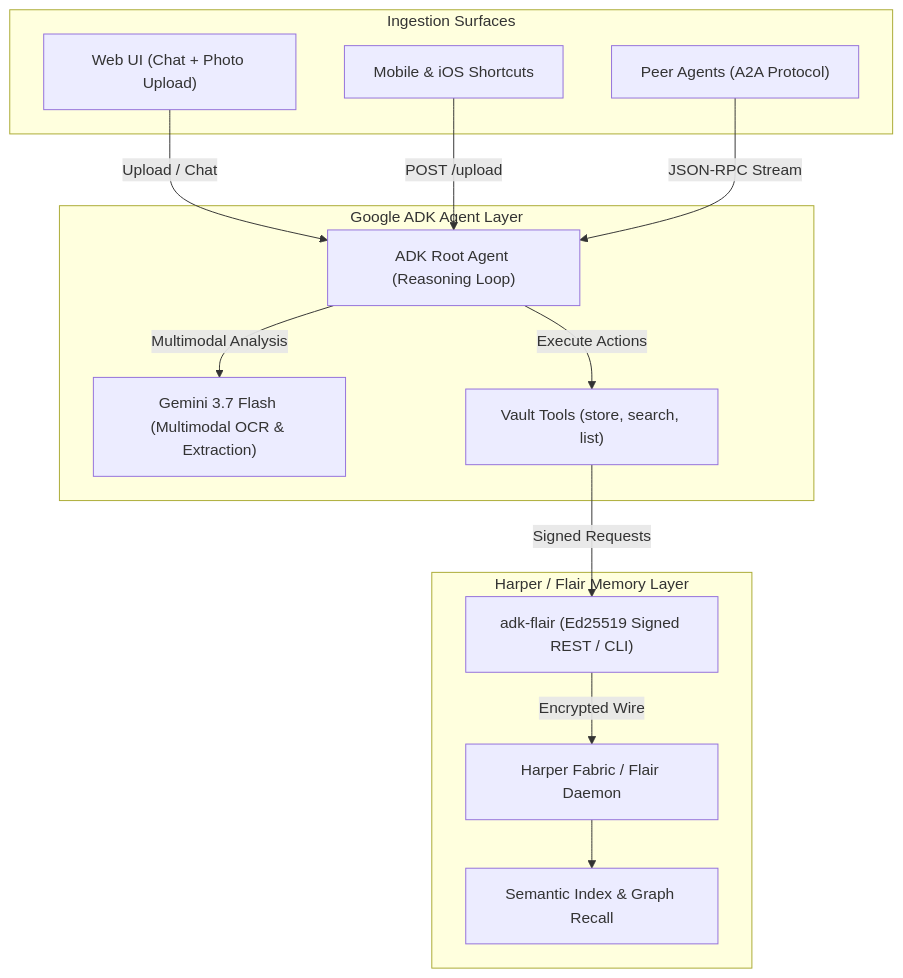
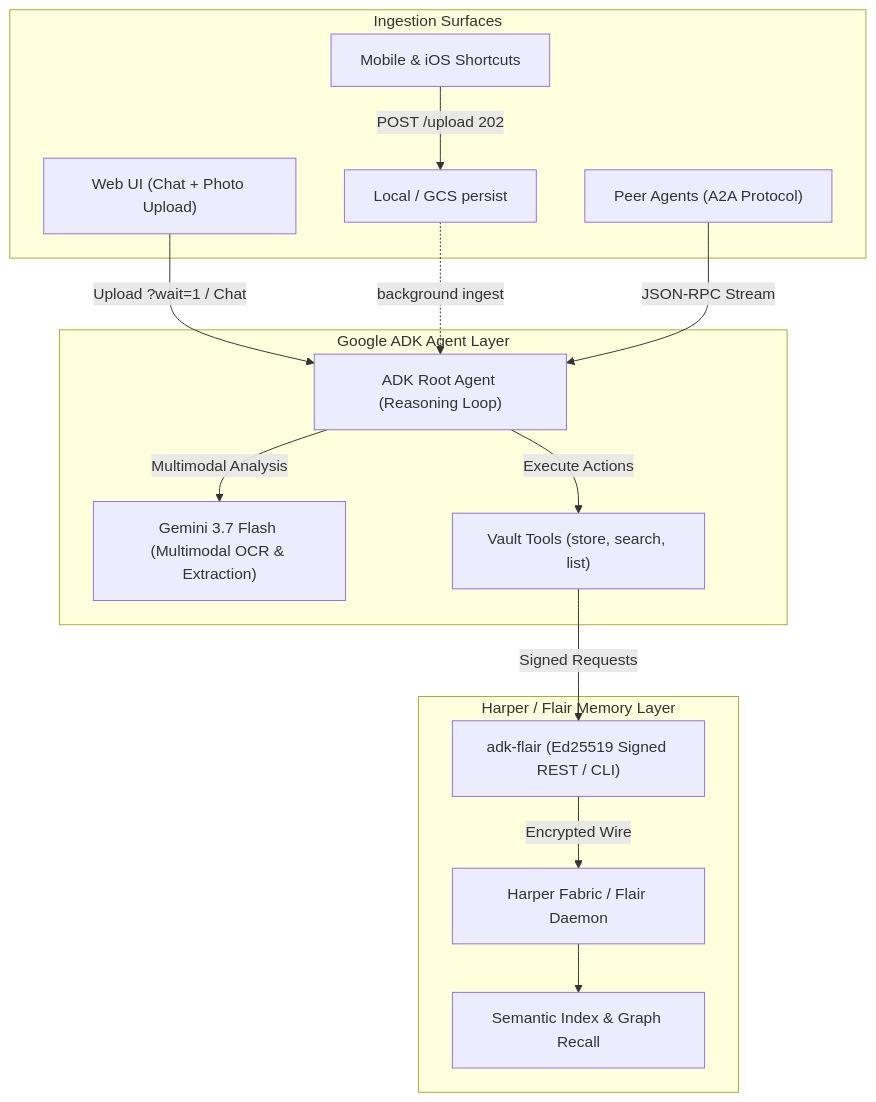
The diagram in README.md (heskew/visual-memory-vault), drawn with Mermaid before and after one commit. The commit also changed other lines of this file and 4 other files, not shown here.

First line of the commit message:
feat: make shortcut POST /upload send-and-forget

````diff
--- a/README.md
+++ b/README.md
@@ -39,30 +39,32 @@
 ```mermaid
 flowchart TD
     subgraph Capture["Ingestion Surfaces"]
         Web["Web UI (Chat + Photo Upload)"]
         iOS["Mobile & iOS Shortcuts"]
+        Persist["Local / GCS persist"]
         A2A["Peer Agents (A2A Protocol)"]
     end
 
     subgraph ADK["Google ADK Agent Layer"]
         Gemini["Gemini 3.7 Flash (Multimodal OCR & Extraction)"]
         Agent["ADK Root Agent (Reasoning Loop)"]
         Tools["Vault Tools (store, search, list)"]
     end
 
     subgraph Harper["Harper / Flair Memory Layer"]
         Adapter["adk-flair (Ed25519 Signed REST / CLI)"]
         Daemon["Harper Fabric / Flair Daemon"]
         Vector["Semantic Index & Graph Recall"]
     end
 
-    Web -->|Upload / Chat| Agent
-    iOS -->|POST /upload| Agent
+    Web -->|Upload ?wait=1 / Chat| Agent
+    iOS -->|POST /upload 202| Persist
+    Persist -.->|background ingest| Agent
     A2A -->|JSON-RPC Stream| Agent
 
     Agent -->|Multimodal Analysis| Gemini
     Agent -->|Execute Actions| Tools
     Tools -->|Signed Requests| Adapter
     Adapter -->|Encrypted Wire| Daemon
     Daemon --> Vector
 ```
````
